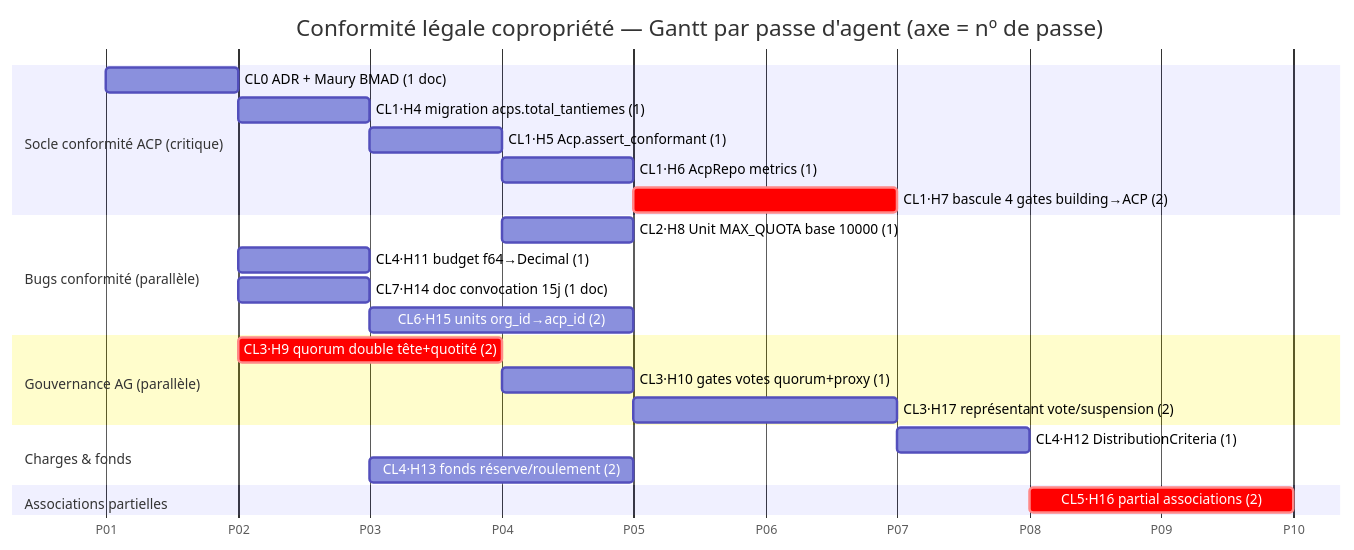
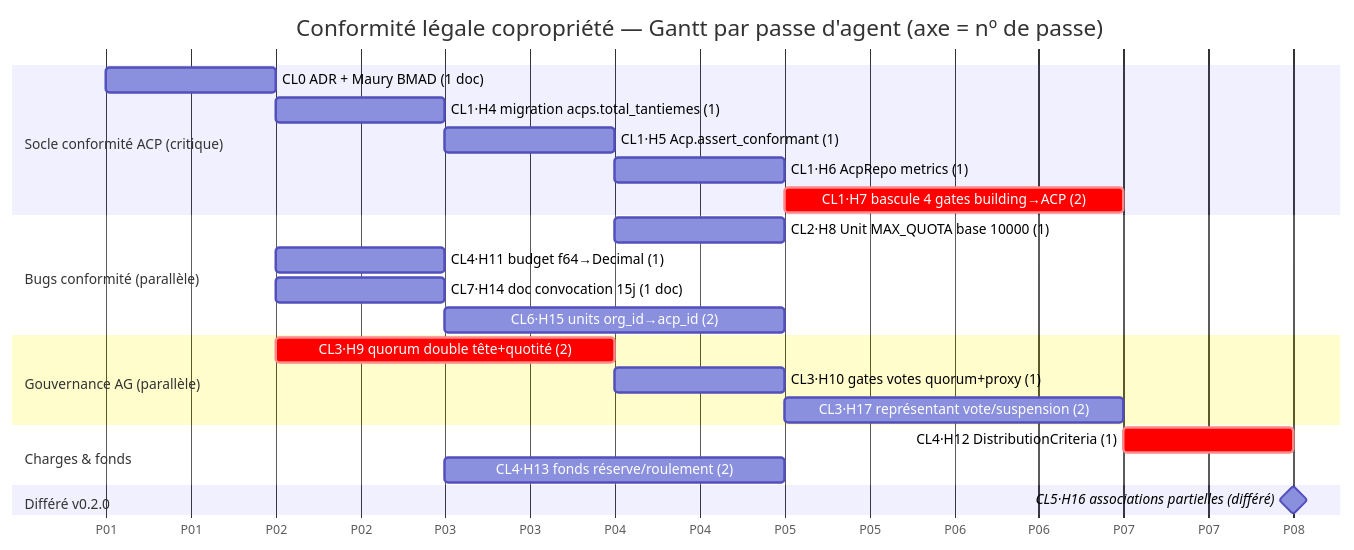
The third of 5 diagrams in docs/WBS_GO_LIVE_v0.1.0.md (gilmry/koprogo), drawn with Mermaid before and after one commit. The commit also changed other lines of this file and 6 other files, not shown here.

First line of the commit message:
docs(maury): report H16/CL5 associations partielles → v0.2.0 (décision D6 @gilmry)

````diff
--- a/docs/WBS_GO_LIVE_v0.1.0.md
+++ b/docs/WBS_GO_LIVE_v0.1.0.md
@@ -269,26 +272,26 @@
 ```mermaid
 gantt
     title Conformité légale copropriété — Gantt par passe d'agent (axe = nº de passe)
     dateFormat YYYY-MM-DD
     axisFormat P%d
     section Socle conformité ACP (critique)
     CL0 ADR + Maury BMAD (1 doc)              :adr, 2026-01-01, 1d
     CL1·H4 migration acps.total_tantiemes (1) :h4, after adr, 1d
     CL1·H5 Acp.assert_conformant (1)          :h5, after h4, 1d
     CL1·H6 AcpRepo metrics (1)                :h6, after h5, 1d
     CL1·H7 bascule 4 gates building→ACP (2)   :crit, h7, after h6, 2d
     section Bugs conformité (parallèle)
     CL2·H8 Unit MAX_QUOTA base 10000 (1)      :h8, after h5, 1d
     CL4·H11 budget f64→Decimal (1)            :h11, after adr, 1d
     CL7·H14 doc convocation 15j (1 doc)       :h14, after adr, 1d
     CL6·H15 units org_id→acp_id (2)           :h15, after h4, 2d
     section Gouvernance AG (parallèle)
     CL3·H9 quorum double tête+quotité (2)     :crit, h9, after adr, 2d
     CL3·H10 gates votes quorum+proxy (1)      :h10, after h9, 1d
     CL3·H17 représentant vote/suspension (2)  :h17, after h10, 2d
     section Charges & fonds
-    CL4·H12 DistributionCriteria (1)          :h12, after h7, 1d
+    CL4·H12 DistributionCriteria (1)          :crit, h12, after h7, 1d
     CL4·H13 fonds réserve/roulement (2)       :h13, after h4, 2d
-    section Associations partielles
-    CL5·H16 partial associations (2)          :crit, h16, after h12, 2d
+    section Différé v0.2.0
+    CL5·H16 associations partielles (différé) :milestone, h16, after h12, 0d
 ```
````
